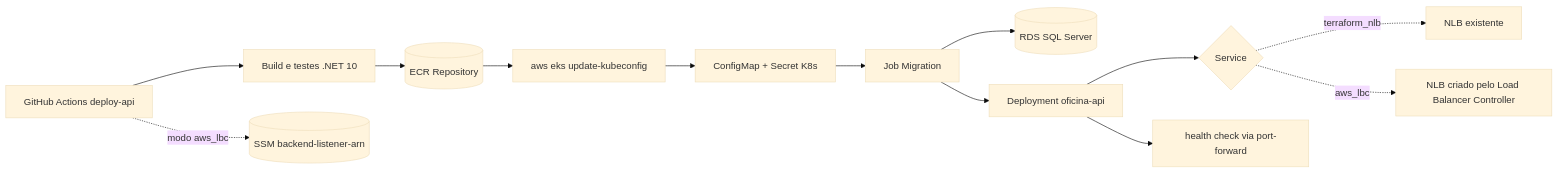
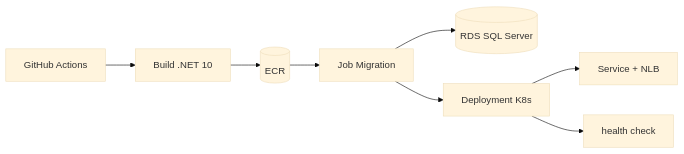
Before and after one commit to fabianorodrigues/oficina-api: the second of 2 diagrams in README.md, drawn with Mermaid (base theme). The commit also changed other lines of this file, not shown here.

````diff
--- a/README.md
+++ b/README.md
@@ -54,15 +52,10 @@
 ```mermaid
 graph LR
-  GH[GitHub Actions deploy-api] --> BUILD[Build e testes .NET 10]
-  BUILD --> ECR[(ECR Repository)]
-  ECR --> KCFG[aws eks update-kubeconfig]
-  KCFG --> CFG[ConfigMap + Secret K8s]
-  CFG --> JOB[Job Migration]
-  JOB --> RDS[(RDS SQL Server)]
-  JOB --> DEP[Deployment oficina-api]
-  DEP --> SVC{Service}
-  SVC -. terraform_nlb .-> NLB[NLB existente]
-  SVC -. aws_lbc .-> LBCSVC[NLB criado pelo Load Balancer Controller]
-  GH -. modo aws_lbc .-> SSM[(SSM backend-listener-arn)]
-  DEP --> HC[health check via port-forward]
+  GH[GitHub Actions] --> BUILD[Build .NET 10]
+  BUILD --> ECR[(ECR)]
+  ECR --> MIG[Job Migration]
+  MIG --> RDS[(RDS SQL Server)]
+  MIG --> DEP[Deployment K8s]
+  DEP --> SVC[Service + NLB]
+  DEP --> HC[health check]
 ```
````
